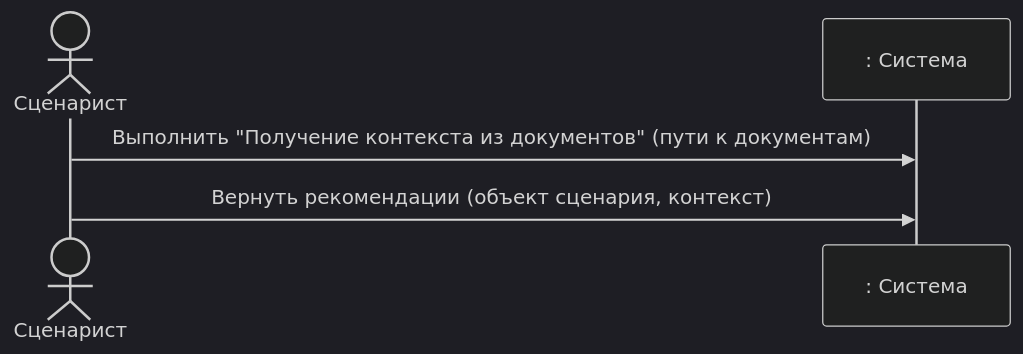
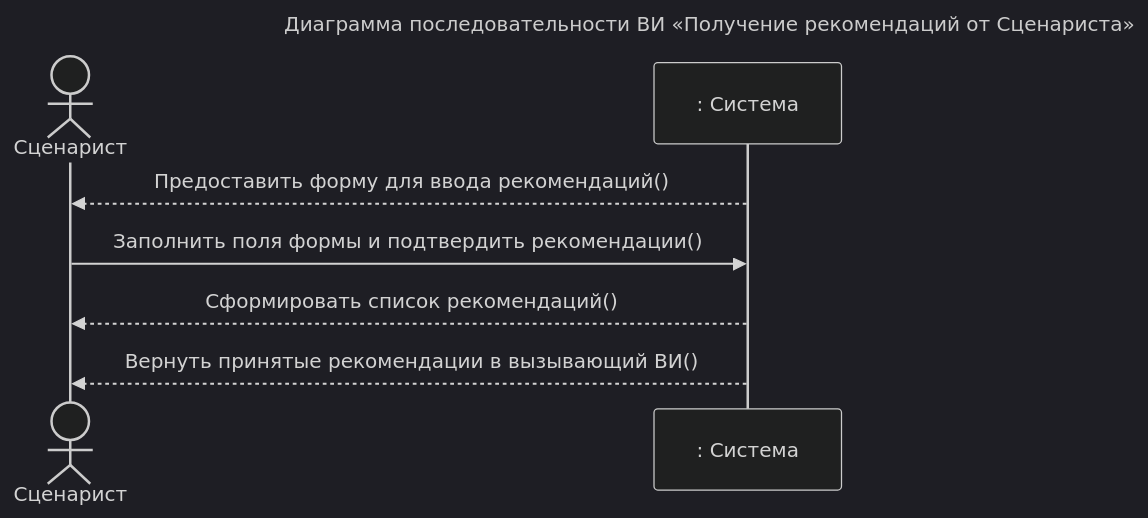
One commit to CHSU-scenarAIst/diagrammy changed the fifth of 5 diagrams in 3. Диаграмма последовательностей системы.md. Above: the diagram before and after it, drawn with Mermaid (dark theme). The commit also changed other lines of this file and 13 other files, not shown here.

````diff
--- a/3. Диаграмма последовательностей системы.md
+++ b/3. Диаграмма последовательностей системы.md
@@ -323,8 +417,13 @@
 ```mermaid
+---
+title: Диаграмма последовательности ВИ «Получение рекомендаций от Сценариста»
+---
 sequenceDiagram
     actor User as Сценарист
     participant System as : Система
 
-    User->>System: Выполнить "Получение контекста из документов" (пути к документам)
-    User->>System: Вернуть рекомендации (объект сценария, контекст)
+    System-->>User: Предоставить форму для ввода рекомендаций()
+    User->>System: Заполнить поля формы и подтвердить рекомендации()
+    System-->>User: Сформировать список рекомендаций()
+    System-->>User: Вернуть принятые рекомендации в вызывающий ВИ()
 ```
````
